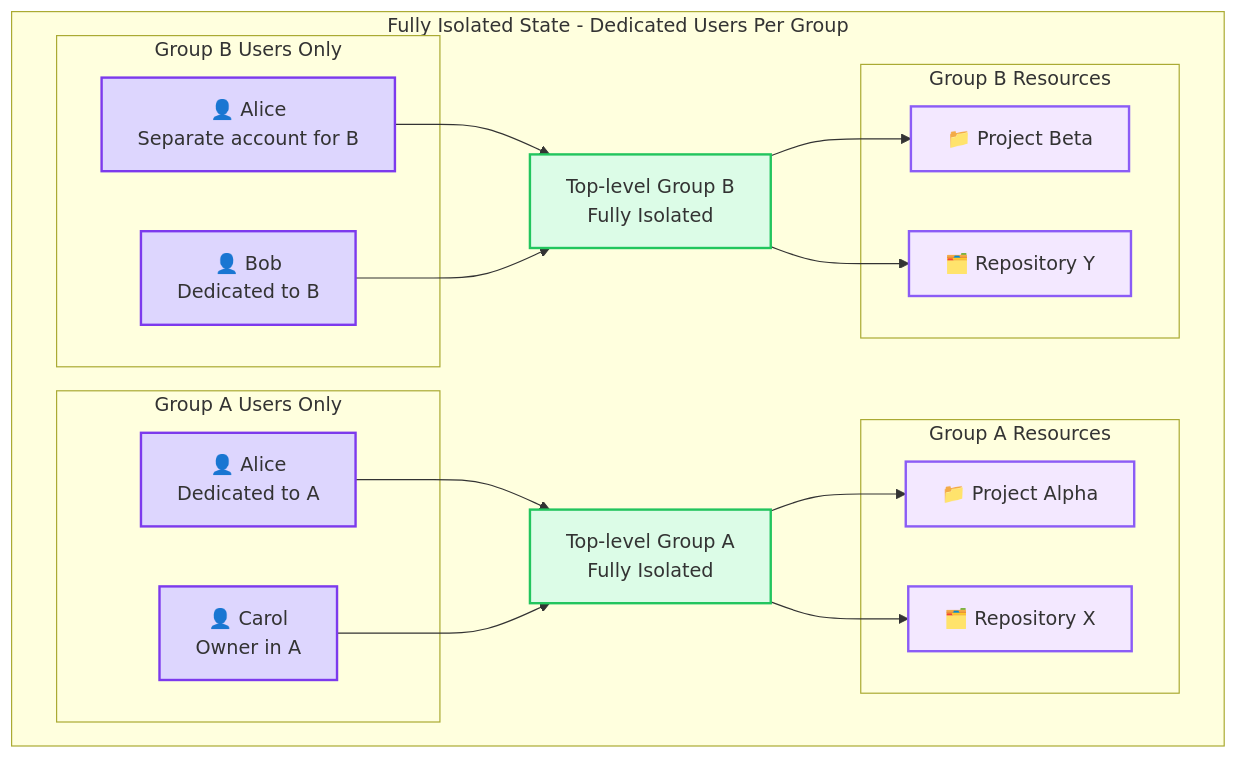
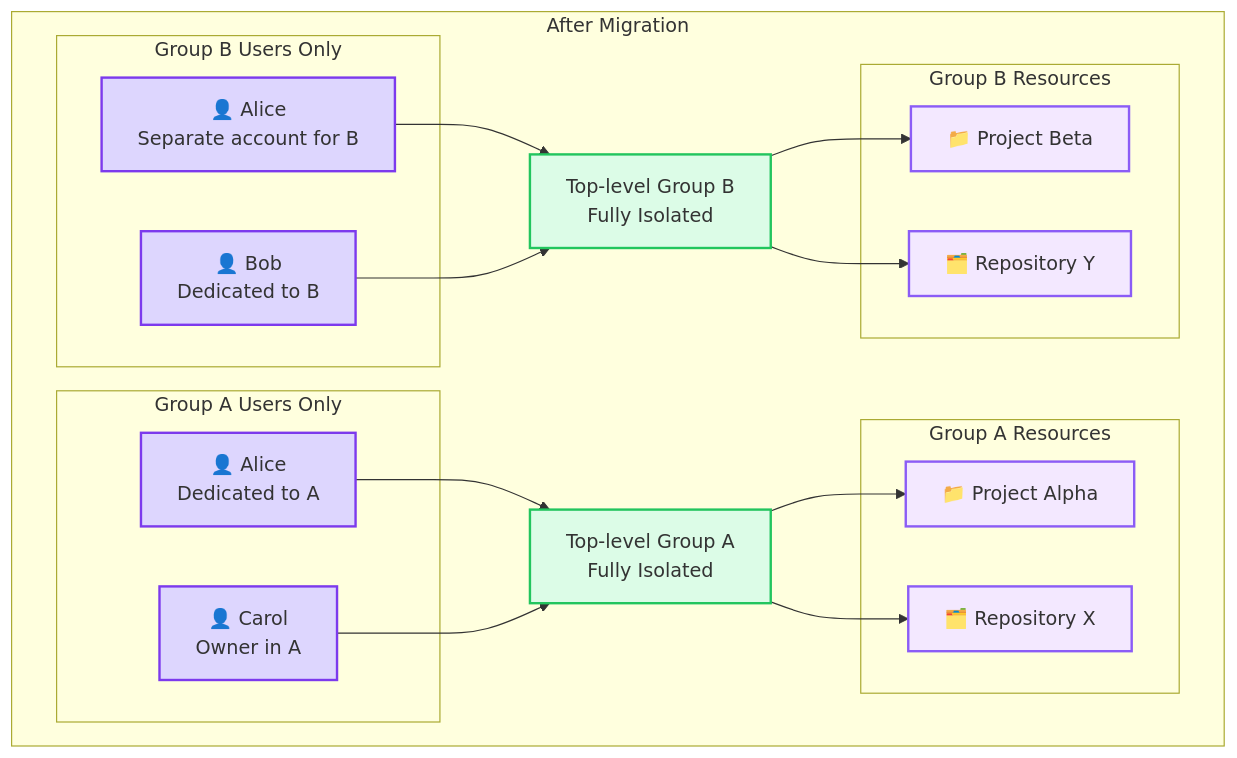
The fifth of 9 diagrams in content/handbook/engineering/architecture/design-documents/organization/isolation_compliance_framework.md (zalyoung/gitlab-handbook), drawn with Mermaid before and after one commit. The commit also changed other lines of this file, not shown here.

Commit message:
Change diagram titles to format better

````diff
--- a/content/handbook/engineering/architecture/design-documents/organization/isolation_compliance_framework.md
+++ b/content/handbook/engineering/architecture/design-documents/organization/isolation_compliance_framework.md
@@ -462,47 +462,47 @@
 ```mermaid
 graph TD
-    subgraph "Fully Isolated State - Dedicated Users Per Group"
+    subgraph "After Migration"
         TLG1_NEW["Top-level Group A<br/>Fully Isolated"]
         TLG2_NEW["Top-level Group B<br/>Fully Isolated"]
 
         subgraph "Group A Users Only"
             USER1_A[👤 Alice<br/>Dedicated to A]
             USER3_A[👤 Carol<br/>Owner in A]
         end
 
         subgraph "Group B Users Only"
             USER1_B[👤 Alice<br/>Separate account for B]
             USER2_B[👤 Bob<br/>Dedicated to B]
         end
 
         subgraph "Group A Resources"
             PROJ1_NEW[📁 Project Alpha]
             REPO1_NEW[🗂️ Repository X]
         end
 
         subgraph "Group B Resources"
             PROJ2_NEW[📁 Project Beta]
             REPO2_NEW[🗂️ Repository Y]
         end
     end
 
     %% Dedicated user connections (solid lines show isolated access)
     USER1_A --> TLG1_NEW
     USER3_A --> TLG1_NEW
     USER1_B --> TLG2_NEW
     USER2_B --> TLG2_NEW
 
     %% Resource connections
     TLG1_NEW --> PROJ1_NEW
     TLG1_NEW --> REPO1_NEW
     TLG2_NEW --> PROJ2_NEW
     TLG2_NEW --> REPO2_NEW
 
     classDef tlg_isolated fill:#dcfce7,stroke:#22c55e,stroke-width:2px
     classDef user fill:#ddd6fe,stroke:#7c3aed,stroke-width:2px
     classDef resource fill:#f3e8ff,stroke:#8b5cf6,stroke-width:2px
 
     class TLG1_NEW,TLG2_NEW tlg_isolated
     class USER1_A,USER1_B,USER2_B,USER3_A user
     class PROJ1_NEW,PROJ2_NEW,REPO1_NEW,REPO2_NEW resource
 ```
````
